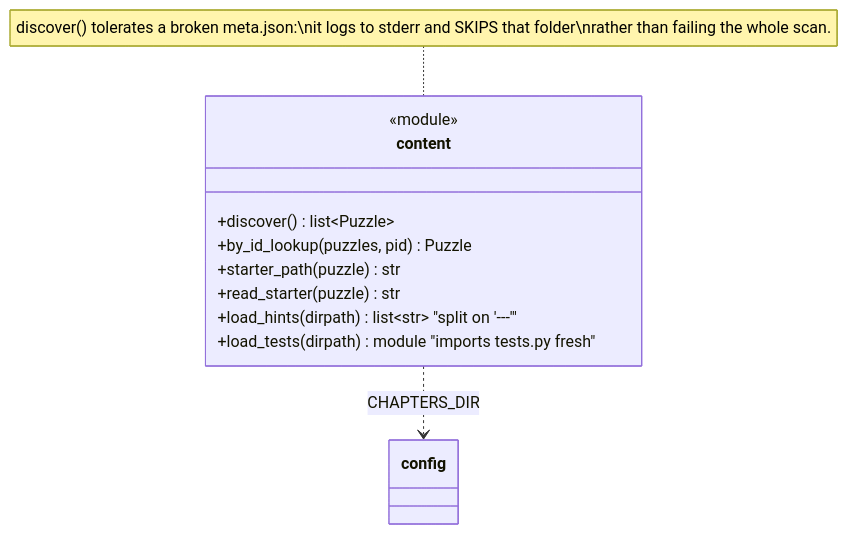
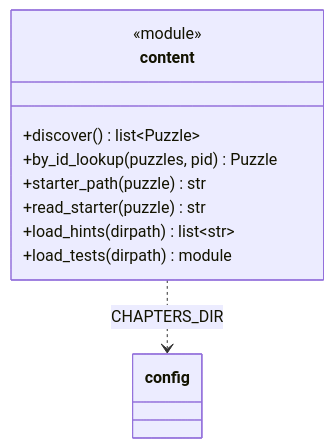
One commit to N041M/PyQuest changed the fourth of 9 diagrams in docs/architecture/engine-core.md. Above: the diagram before and after it, drawn with Mermaid. The commit also changed other lines of this file and 5 other files, not shown here.

First line of the commit message:
Polish architecture diagrams; add puzzle-consumption view

````diff
--- a/docs/architecture/engine-core.md
+++ b/docs/architecture/engine-core.md
@@ -78,14 +88,13 @@
 ```mermaid
 classDiagram
     class content {
         <<module>>
         +discover() list~Puzzle~
         +by_id_lookup(puzzles, pid) Puzzle
         +starter_path(puzzle) str
         +read_starter(puzzle) str
-        +load_hints(dirpath) list~str~  "split on '---'"
-        +load_tests(dirpath) module  "imports tests.py fresh"
+        +load_hints(dirpath) list~str~
+        +load_tests(dirpath) module
     }
-    note for content "discover() tolerates a broken meta.json:\nit logs to stderr and SKIPS that folder\nrather than failing the whole scan."
     content ..> config : CHAPTERS_DIR
 ```
````
